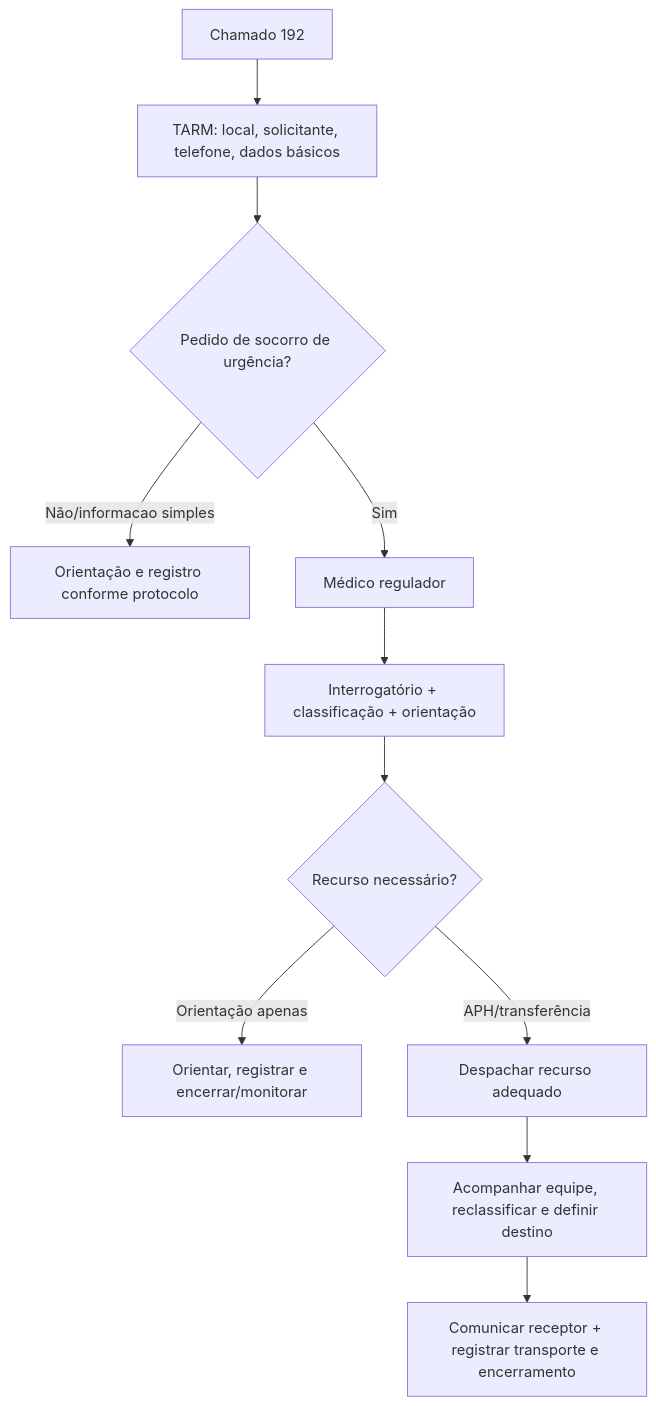
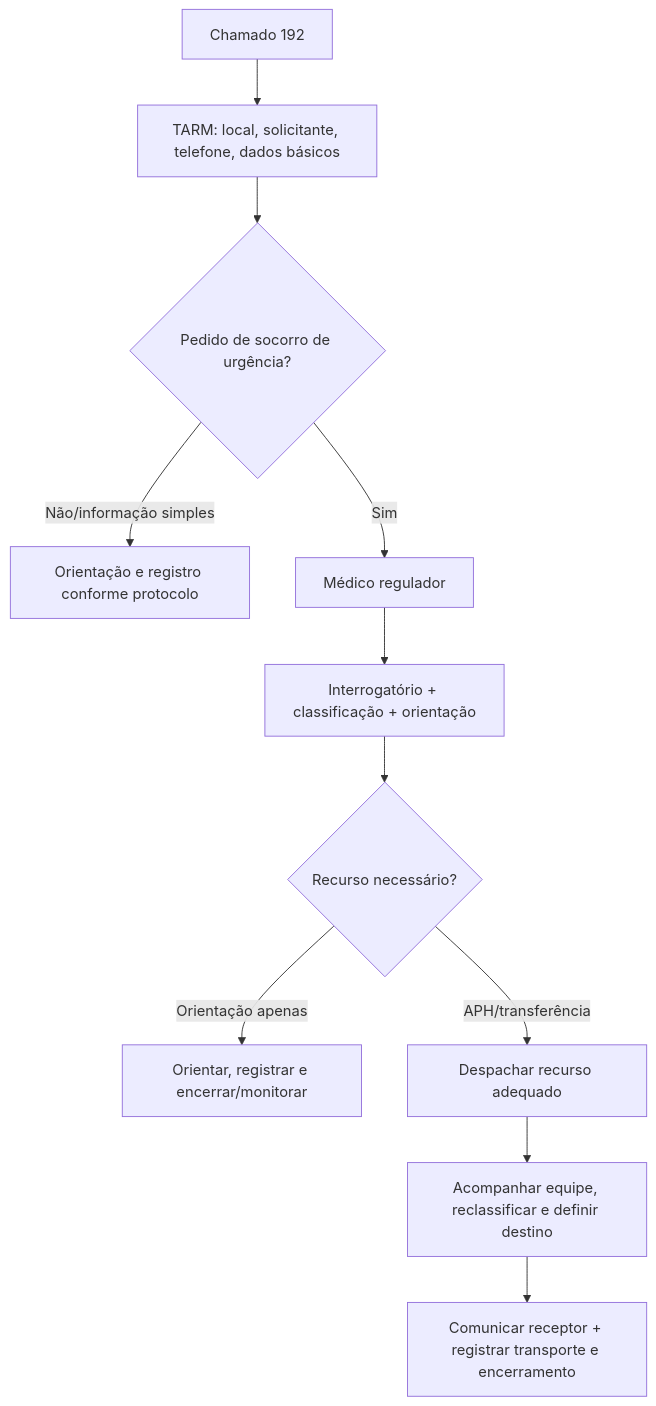
The second of 4 diagrams in Intensivao/temas/013_aph-regulacao-imv-desastres-transporte.md (ThiagoPersona/emergencia26), drawn with Mermaid before and after one commit. The commit also changed other lines of this file and 10 other files, not shown here.

````diff
--- a/Intensivao/temas/013_aph-regulacao-imv-desastres-transporte.md
+++ b/Intensivao/temas/013_aph-regulacao-imv-desastres-transporte.md
@@ -294,13 +317,13 @@
 ```mermaid
 flowchart TD
     A[Chamado 192] --> B[TARM: local, solicitante, telefone, dados básicos]
     B --> C{Pedido de socorro de urgência?}
-    C -->|Não/informacao simples| D[Orientação e registro conforme protocolo]
+    C -->|Não/informação simples| D[Orientação e registro conforme protocolo]
     C -->|Sim| E[Médico regulador]
     E --> F[Interrogatório + classificação + orientação]
     F --> G{Recurso necessário?}
     G -->|Orientação apenas| H[Orientar, registrar e encerrar/monitorar]
     G -->|APH/transferência| I[Despachar recurso adequado]
     I --> J[Acompanhar equipe, reclassificar e definir destino]
     J --> K[Comunicar receptor + registrar transporte e encerramento]
 ```
````
